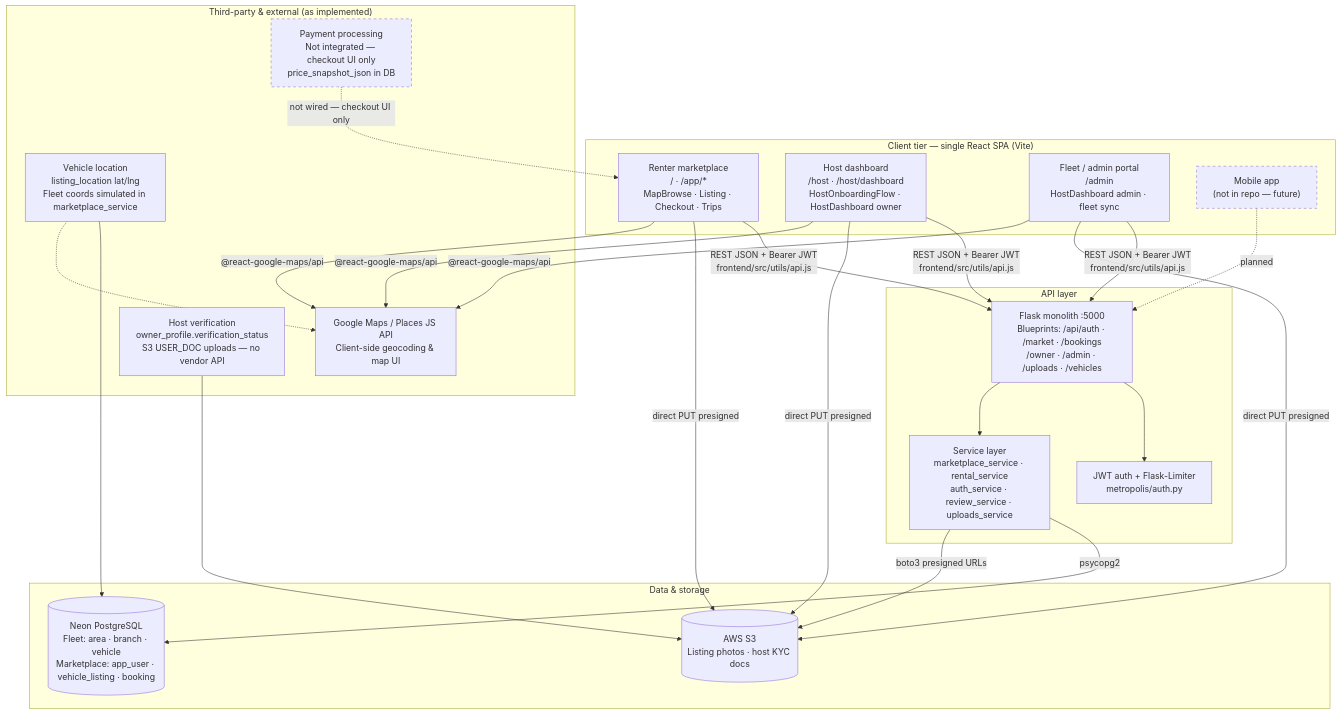
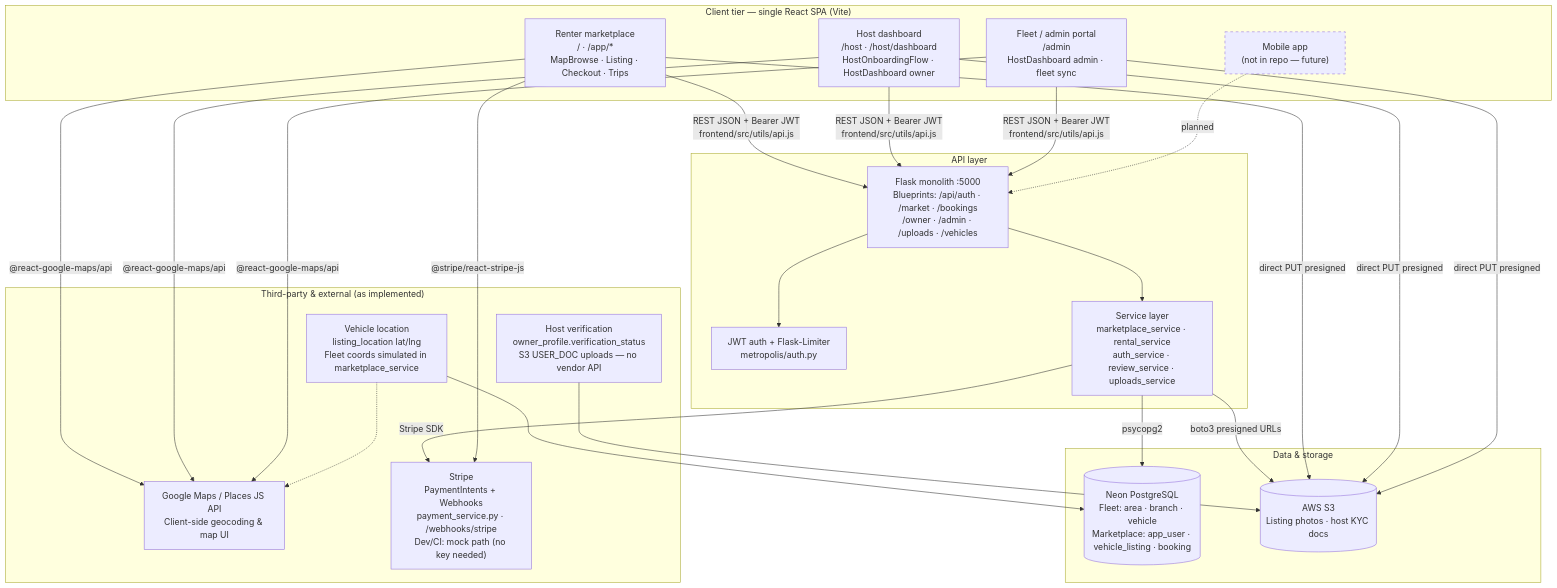
The first of 3 diagrams in docs/architecture-diagrams.md (toni8699/Metropolis), drawn with Mermaid before and after one commit. The commit also changed other lines of this file and 23 other files, not shown here.

````diff
--- a/docs/architecture-diagrams.md
+++ b/docs/architecture-diagrams.md
@@ -17,45 +17,45 @@
 ```mermaid
 graph TD
     subgraph Clients["Client tier — single React SPA (Vite)"]
         RW["Renter marketplace<br/>/ · /app/*<br/>MapBrowse · Listing · Checkout · Trips"]
         HD["Host dashboard<br/>/host · /host/dashboard<br/>HostOnboardingFlow · HostDashboard owner"]
         FM["Fleet / admin portal<br/>/admin<br/>HostDashboard admin · fleet sync"]
         MOB["Mobile app<br/>(not in repo — future)"]
     end
 
     subgraph Edge["API layer"]
         API["Flask monolith :5000<br/>Blueprints: /api/auth · /market · /bookings<br/>/owner · /admin · /uploads · /vehicles"]
         AUTH["JWT auth + Flask-Limiter<br/>metropolis/auth.py"]
         SVC["Service layer<br/>marketplace_service · rental_service<br/>auth_service · review_service · uploads_service"]
         API --> AUTH
         API --> SVC
     end
 
     subgraph Data["Data & storage"]
         PG[("Neon PostgreSQL<br/>Fleet: area · branch · vehicle<br/>Marketplace: app_user · vehicle_listing · booking")]
         S3[("AWS S3<br/>Listing photos · host KYC docs")]
     end
 
     subgraph External["Third-party & external (as implemented)"]
         GM["Google Maps / Places JS API<br/>Client-side geocoding & map UI"]
-        PAY["Payment processing<br/>Not integrated — checkout UI only<br/>price_snapshot_json in DB"]
+        PAY["Stripe<br/>PaymentIntents + Webhooks<br/>payment_service.py · /webhooks/stripe<br/>Dev/CI: mock path (no key needed)"]
         KYC["Host verification<br/>owner_profile.verification_status<br/>S3 USER_DOC uploads — no vendor API"]
         GPS["Vehicle location<br/>listing_location lat/lng<br/>Fleet coords simulated in marketplace_service"]
     end
 
     RW & HD & FM -->|"REST JSON + Bearer JWT<br/>frontend/src/utils/api.js"| API
     MOB -.->|"planned"| API
 
     SVC -->|"psycopg2"| PG
     SVC -->|"boto3 presigned URLs"| S3
     RW & HD & FM -->|"direct PUT presigned"| S3
     RW & HD & FM -->|"@react-google-maps/api"| GM
 
-    PAY -.->|"not wired — checkout UI only"| RW
+    SVC -->|"Stripe SDK"| PAY
+    RW -->|"@stripe/react-stripe-js"| PAY
     KYC --> S3
     GPS --> PG
     GPS -.-> GM
 
     style MOB stroke-dasharray: 5 5
-    style PAY stroke-dasharray: 5 5
 ```
````
